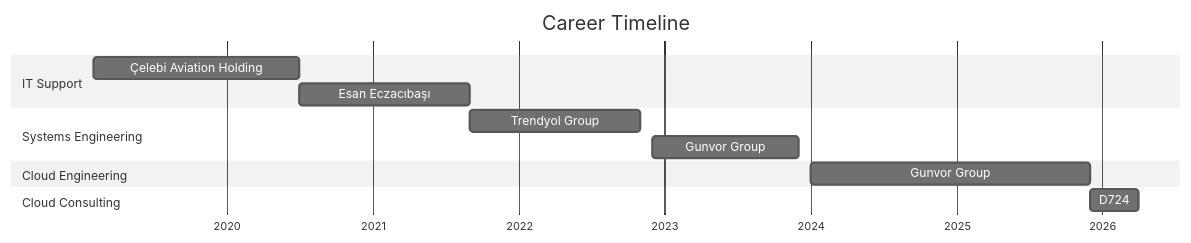
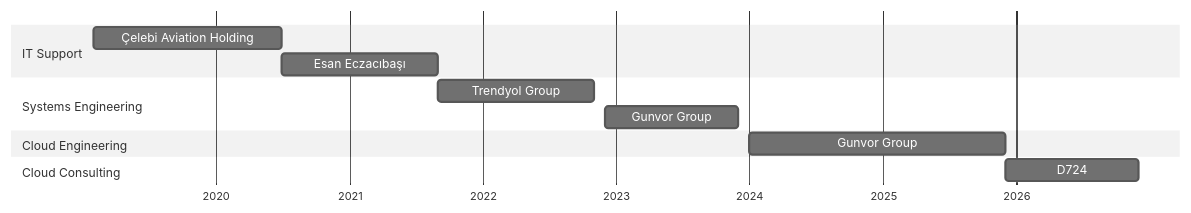
The first of 3 diagrams in _tabs/about.md (ozanberkpolat/ozanberkpolat.github.io), drawn with Mermaid (neutral theme) before and after one commit.

````diff
--- a/_tabs/about.md
+++ b/_tabs/about.md
@@ -23,20 +23,19 @@
 ```mermaid
 gantt
-    title Career Timeline
     dateFormat  YYYY-MM
     axisFormat  %Y
 
     section IT Support
     Çelebi Aviation Holding       :2019-02, 2020-07
     Esan Eczacıbaşı               :2020-07, 2021-09
 
     section Systems Engineering
     Trendyol Group                :2021-09, 2022-11
     Gunvor Group                  :2022-12, 2023-12
 
     section Cloud Engineering
     Gunvor Group                  :2024-01, 2025-12
 
     section Cloud Consulting
-    D724                          :2025-12, 2026-04
+    D724                          :2025-12, 2026-12
 ```
````
